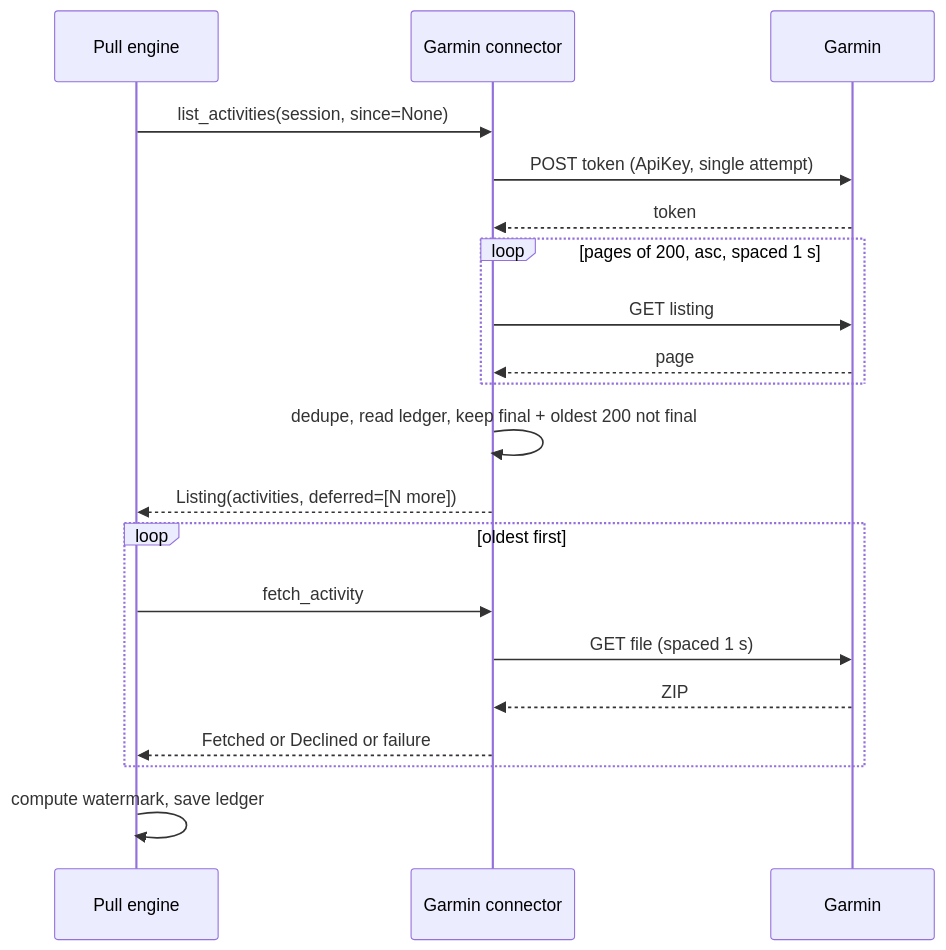
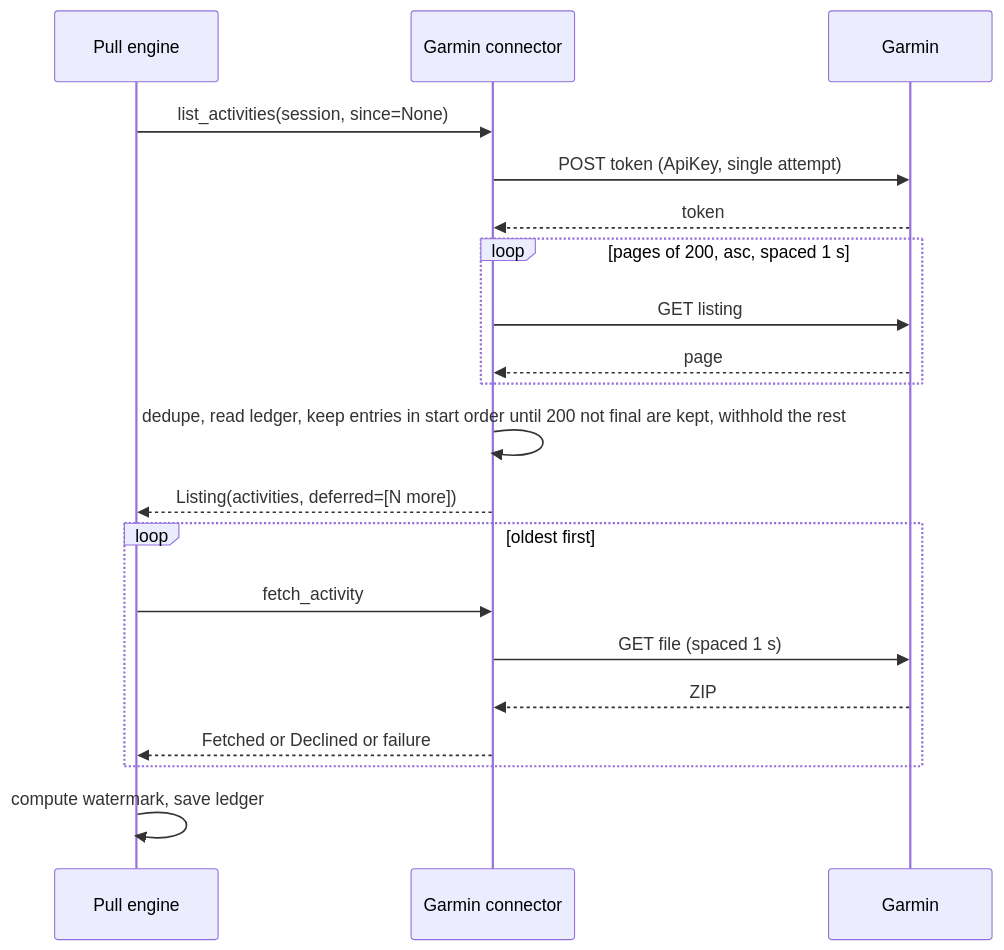
Before and after one commit to joshua-stauffer/fitdocs: the second of 3 diagrams in .kiro/specs/garmin-connector/design.md, drawn with Mermaid. The commit also changed other lines of this file and 5 other files, not shown here.

````diff
--- a/.kiro/specs/garmin-connector/design.md
+++ b/.kiro/specs/garmin-connector/design.md
@@ -129,22 +129,22 @@
 ```mermaid
 sequenceDiagram
     participant E as Pull engine
     participant C as Garmin connector
     participant G as Garmin
     E->>C: list_activities(session, since=None)
     C->>G: POST token (ApiKey, single attempt)
     G-->>C: token
     loop pages of 200, asc, spaced 1 s
         C->>G: GET listing
         G-->>C: page
     end
-    C->>C: dedupe, read ledger, keep final + oldest 200 not final
+    C->>C: dedupe, read ledger, keep entries in start order until 200 not final are kept, withhold the rest
     C-->>E: Listing(activities, deferred=[N more])
     loop oldest first
         E->>C: fetch_activity
         C->>G: GET file (spaced 1 s)
         G-->>C: ZIP
         C-->>E: Fetched or Declined or failure
     end
     E->>E: compute watermark, save ledger
 ```
````
